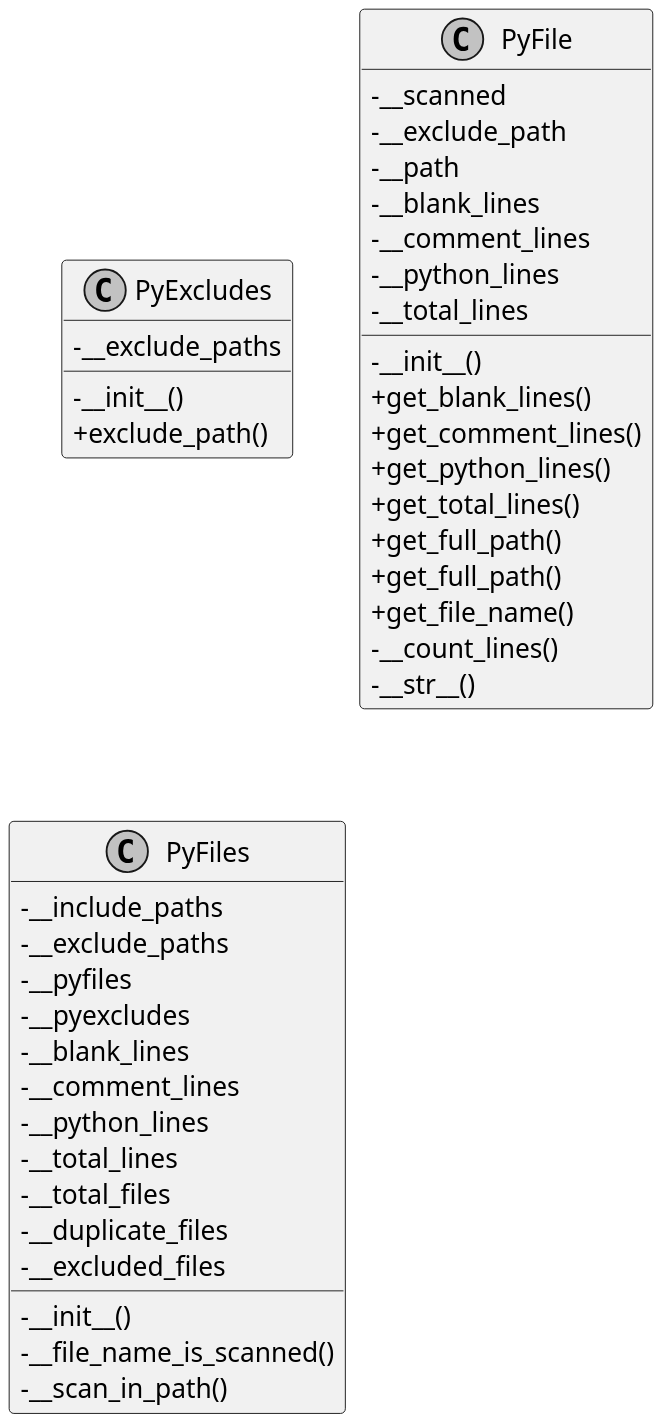
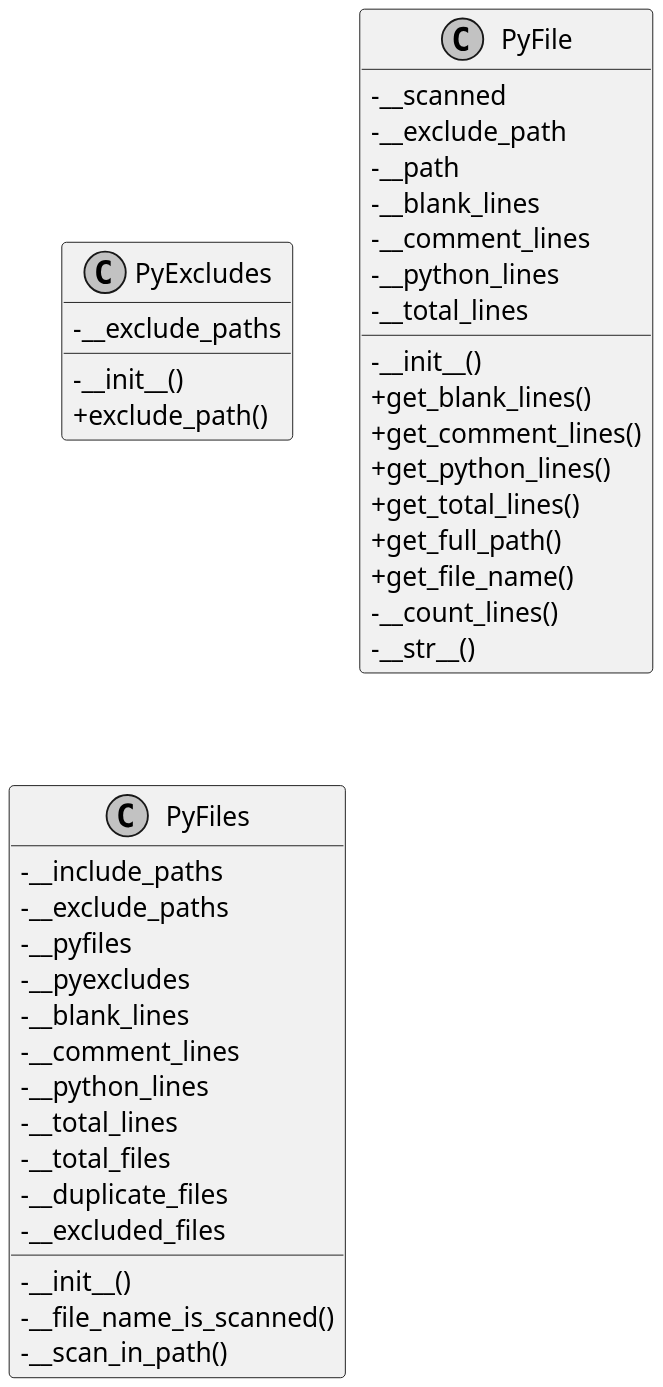
Before and after one commit to deadbok/eal_programming: the diagram in ass13/handin/countcode.py.puml, drawn with PlantUML. The commit also changed 9 other files, not shown here.

```diff
--- a/ass13/handin/countcode.py.puml
+++ b/ass13/handin/countcode.py.puml
@@ -1,49 +1,48 @@
 @startuml
 skinparam monochrome true
 skinparam classAttributeIconSize 0
 scale 2
 
 class PyExcludes {
 	-__exclude_paths
 	-__init__()
 	+exclude_path()
 }
 
 class PyFile {
 	-__scanned
 	-__exclude_path
 	-__path
 	-__blank_lines
 	-__comment_lines
 	-__python_lines
 	-__total_lines
 	-__init__()
 	+get_blank_lines()
 	+get_comment_lines()
 	+get_python_lines()
 	+get_total_lines()
 	+get_full_path()
-	+get_full_path()
 	+get_file_name()
 	-__count_lines()
 	-__str__()
 }
 
 class PyFiles {
 	-__include_paths
 	-__exclude_paths
 	-__pyfiles
 	-__pyexcludes
 	-__blank_lines
 	-__comment_lines
 	-__python_lines
 	-__total_lines
 	-__total_files
 	-__duplicate_files
 	-__excluded_files
 	-__init__()
 	-__file_name_is_scanned()
 	-__scan_in_path()
 }
 
 @enduml
```
